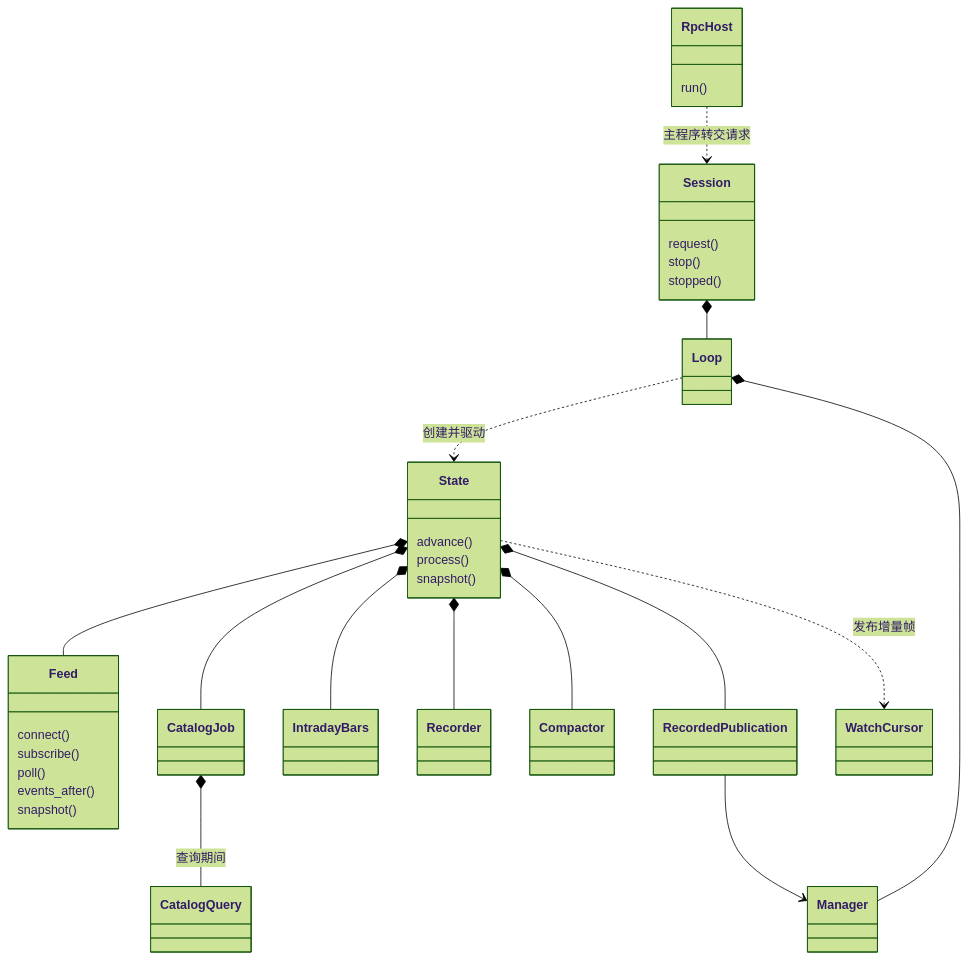
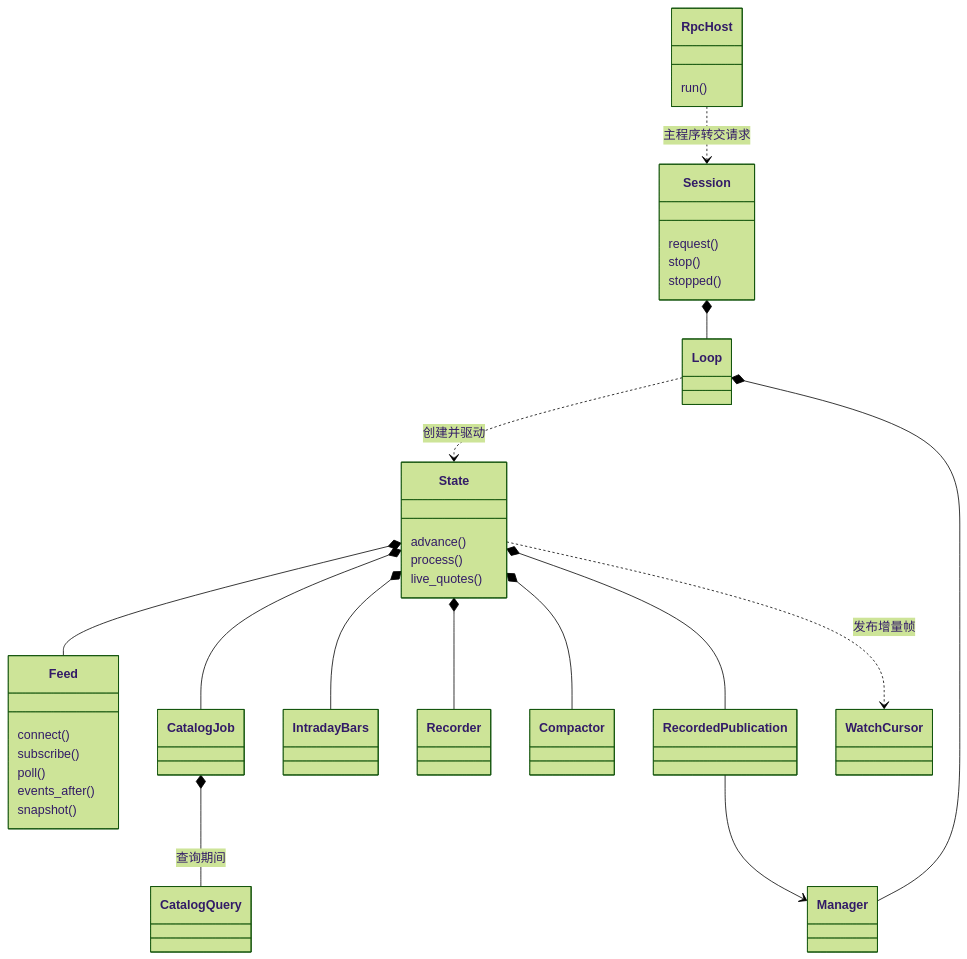
One commit to isqiwen/asterion-terminal changed the second of 5 diagrams in docs/market-design.md. Above: the diagram before and after it, drawn with Mermaid (forest theme). The commit also changed other lines of this file and 60 other files, not shown here.

````diff
--- a/docs/market-design.md
+++ b/docs/market-design.md
@@ -40,45 +40,45 @@
 ```mermaid
 classDiagram
     class RpcHost {
         run()
     }
     class Session {
         request()
         stop()
         stopped()
     }
     class Loop
     class State {
         advance()
         process()
-        snapshot()
+        live_quotes()
     }
     class Feed {
         connect()
         subscribe()
         poll()
         events_after()
         snapshot()
     }
     class CatalogJob
     class CatalogQuery
     class IntradayBars
     class Recorder
     class Compactor
     class RecordedPublication
     class Manager
     class WatchCursor
     RpcHost ..> Session : 主程序转交请求
     Session *-- Loop
     Loop ..> State : 创建并驱动
     Loop *-- Manager
     State *-- Feed
     State *-- CatalogJob
     CatalogJob *-- CatalogQuery : 查询期间
     State *-- IntradayBars
     State *-- Recorder
     State *-- Compactor
     State *-- RecordedPublication
     RecordedPublication --> Manager
     State ..> WatchCursor : 发布增量帧
 ```
````
